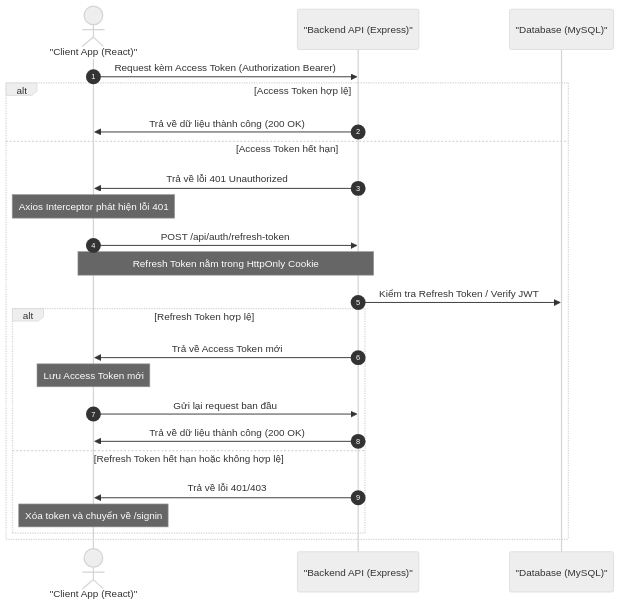
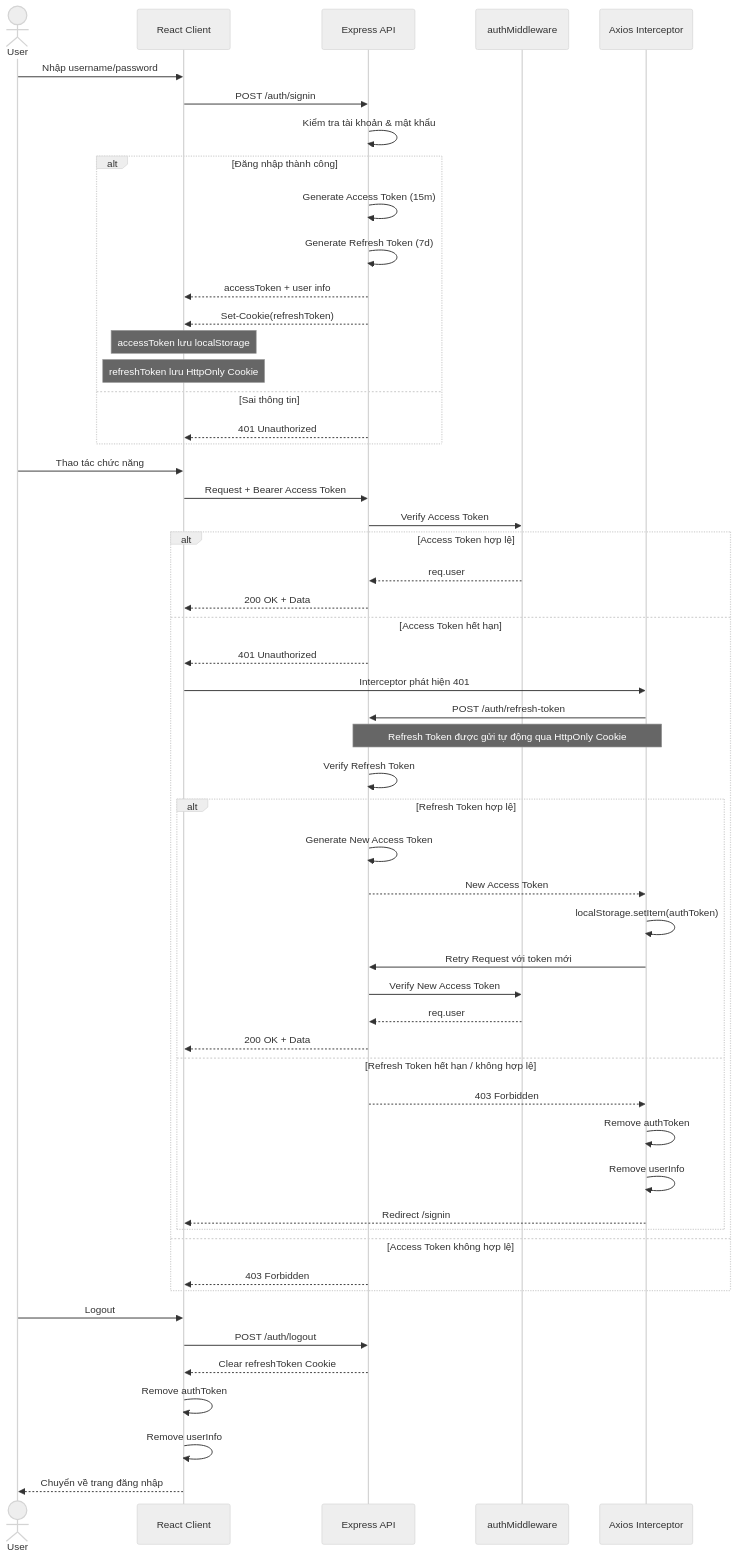
One commit to NDHari36/TechZone changed the first of 2 diagrams in README.md. Above: the diagram before and after it, drawn with Mermaid (neutral theme).

Commit message:
add RREADME

````diff
--- a/README.md
+++ b/README.md
@@ -125,37 +125,91 @@
 ```mermaid
 sequenceDiagram
-    autonumber
+    actor User
+    participant Client as React Client
+    participant API as Express API
+    participant Auth as authMiddleware
+    participant Axios as Axios Interceptor
 
-    actor Client as "Client App (React)"
-    participant Server as "Backend API (Express)"
-    participant DB as "Database (MySQL)"
+    %% LOGIN
+    User->>Client: Nhập username/password
+    Client->>API: POST /auth/signin
 
-    Client->>Server: Request kèm Access Token (Authorization Bearer)
-    
+    API->>API: Kiểm tra tài khoản & mật khẩu
+
+    alt Đăng nhập thành công
+        API->>API: Generate Access Token (15m)
+        API->>API: Generate Refresh Token (7d)
+
+        API-->>Client: accessToken + user info
+        API-->>Client: Set-Cookie(refreshToken)
+
+        Note over Client: accessToken lưu localStorage
+        Note over Client: refreshToken lưu HttpOnly Cookie
+    else Sai thông tin
+        API-->>Client: 401 Unauthorized
+    end
+
+    %% REQUEST API
+    User->>Client: Thao tác chức năng
+    Client->>API: Request + Bearer Access Token
+
+    API->>Auth: Verify Access Token
+
     alt Access Token hợp lệ
-        Server->>Client: Trả về dữ liệu thành công (200 OK)
+        Auth-->>API: req.user
+        API-->>Client: 200 OK + Data
+
     else Access Token hết hạn
-        Server->>Client: Trả về lỗi 401 Unauthorized
 
-        Note over Client: Axios Interceptor phát hiện lỗi 401
+        API-->>Client: 401 Unauthorized
 
-        Client->>Server: POST /api/auth/refresh-token
-        Note over Client,Server: Refresh Token nằm trong HttpOnly Cookie
+        Client->>Axios: Interceptor phát hiện 401
 
-        Server->>DB: Kiểm tra Refresh Token / Verify JWT
+        Axios->>API: POST /auth/refresh-token
+        Note over Axios,API: Refresh Token được gửi tự động qua HttpOnly Cookie
+
+        API->>API: Verify Refresh Token
 
         alt Refresh Token hợp lệ
-            Server->>Client: Trả về Access Token mới
 
-            Note over Client: Lưu Access Token mới
+            API->>API: Generate New Access Token
 
-            Client->>Server: Gửi lại request ban đầu
+            API-->>Axios: New Access Token
 
-            Server->>Client: Trả về dữ liệu thành công (200 OK)
-        else Refresh Token hết hạn hoặc không hợp lệ
-            Server->>Client: Trả về lỗi 401/403
+            Axios->>Axios: localStorage.setItem(authToken)
 
-            Note over Client: Xóa token và chuyển về /signin
+            Axios->>API: Retry Request với token mới
+
+            API->>Auth: Verify New Access Token
+
+            Auth-->>API: req.user
+
+            API-->>Client: 200 OK + Data
+
+        else Refresh Token hết hạn / không hợp lệ
+
+            API-->>Axios: 403 Forbidden
+
+            Axios->>Axios: Remove authToken
+            Axios->>Axios: Remove userInfo
+
+            Axios-->>Client: Redirect /signin
+
         end
+
+    else Access Token không hợp lệ
+
+        API-->>Client: 403 Forbidden
+
     end
+
+    %% LOGOUT
+    User->>Client: Logout
+    Client->>API: POST /auth/logout
+
+    API-->>Client: Clear refreshToken Cookie
+    Client->>Client: Remove authToken
+    Client->>Client: Remove userInfo
+
+    Client-->>User: Chuyển về trang đăng nhập
 ```
````
